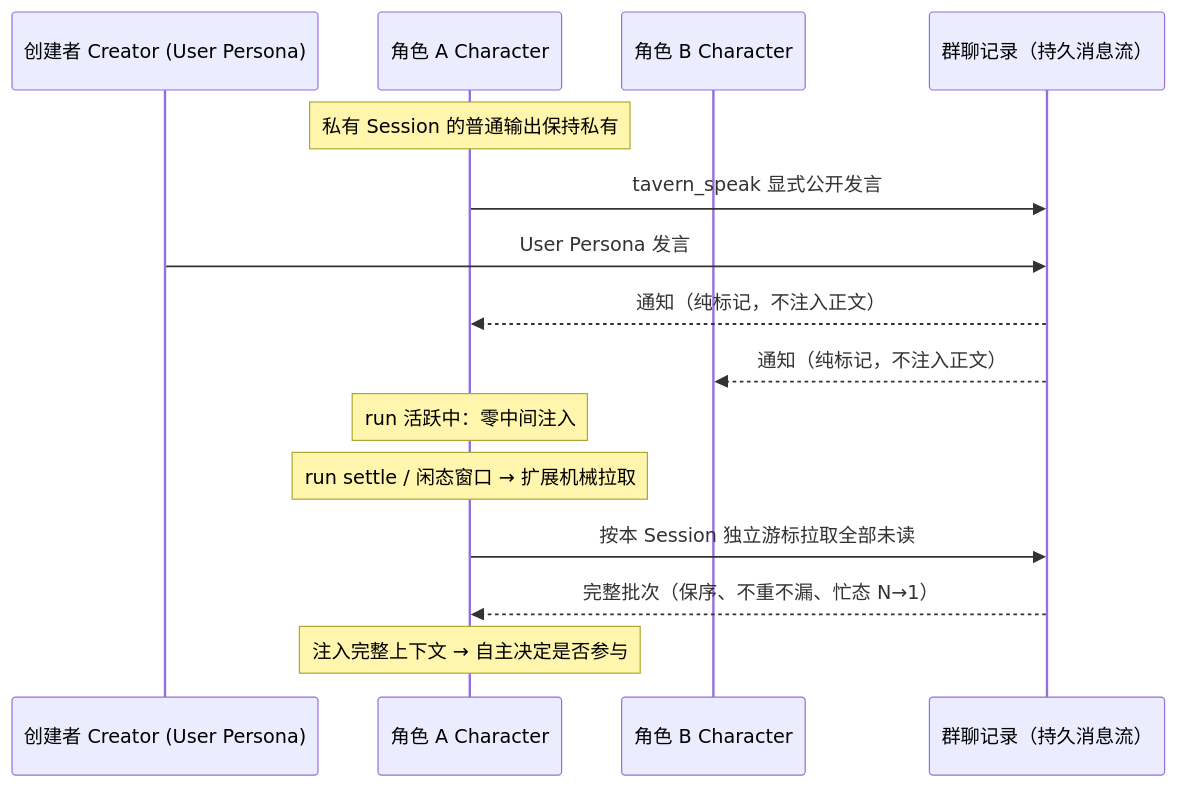
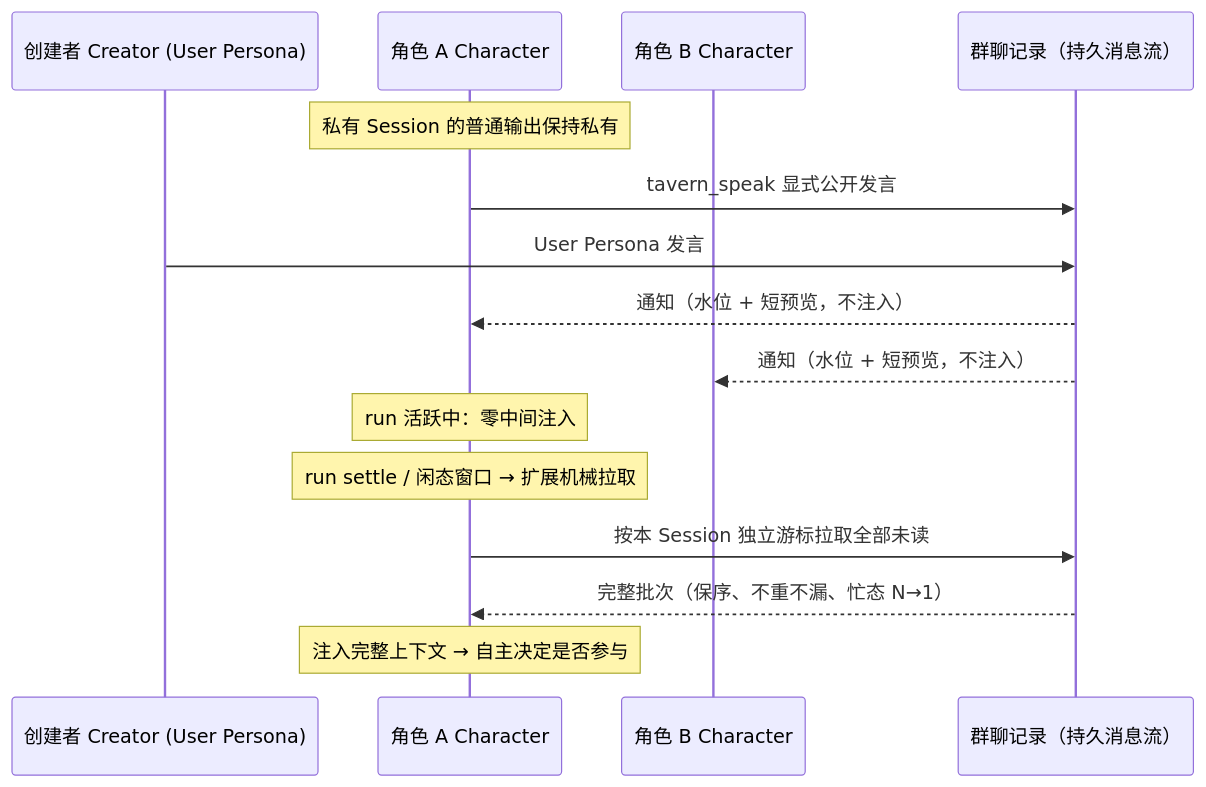
The diagram in README.md (icylight/pi-tavern), drawn with Mermaid before and after one commit. The commit also changed other lines of this file and 1 other file, not shown here.

Commit message:
docs(readme): 通知载荷表述修正——水位+最近 3 条短预览（UI 快照用，不注入上下文），完整正文一律经拉取（Dev 终核纠偏，实现验证 preview_messages）

````diff
--- a/README.md
+++ b/README.md
@@ -23,18 +23,18 @@
 ```mermaid
 sequenceDiagram
     participant C as 创建者 Creator (User Persona)
     participant A as 角色 A Character
     participant B as 角色 B Character
     participant S as 群聊记录（持久消息流）
 
     Note over A: 私有 Session 的普通输出保持私有
     A->>S: tavern_speak 显式公开发言
     C->>S: User Persona 发言
-    S-->>A: 通知（纯标记，不注入正文）
-    S-->>B: 通知（纯标记，不注入正文）
+    S-->>A: 通知（水位 + 短预览，不注入）
+    S-->>B: 通知（水位 + 短预览，不注入）
     Note over A: run 活跃中：零中间注入
     Note over A: run settle / 闲态窗口 → 扩展机械拉取
     A->>S: 按本 Session 独立游标拉取全部未读
     S-->>A: 完整批次（保序、不重不漏、忙态 N→1）
     Note over A: 注入完整上下文 → 自主决定是否参与
 ```
````
